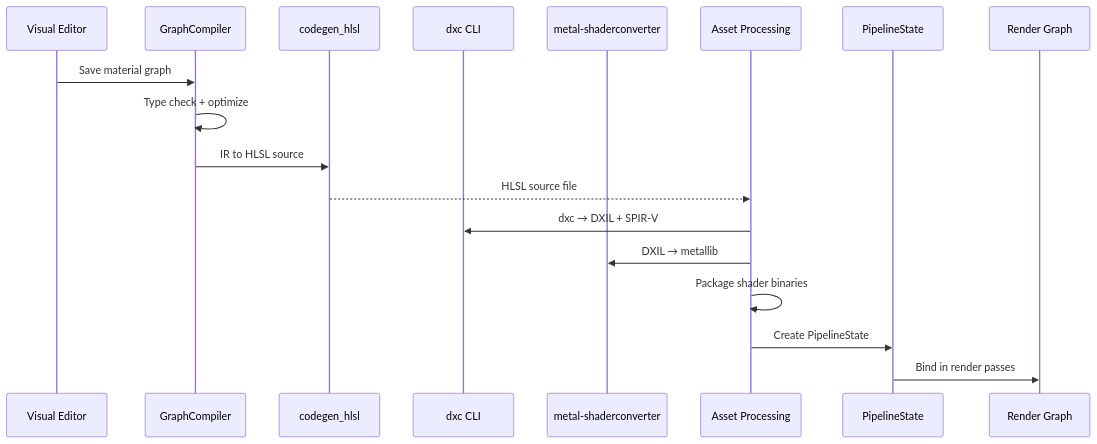
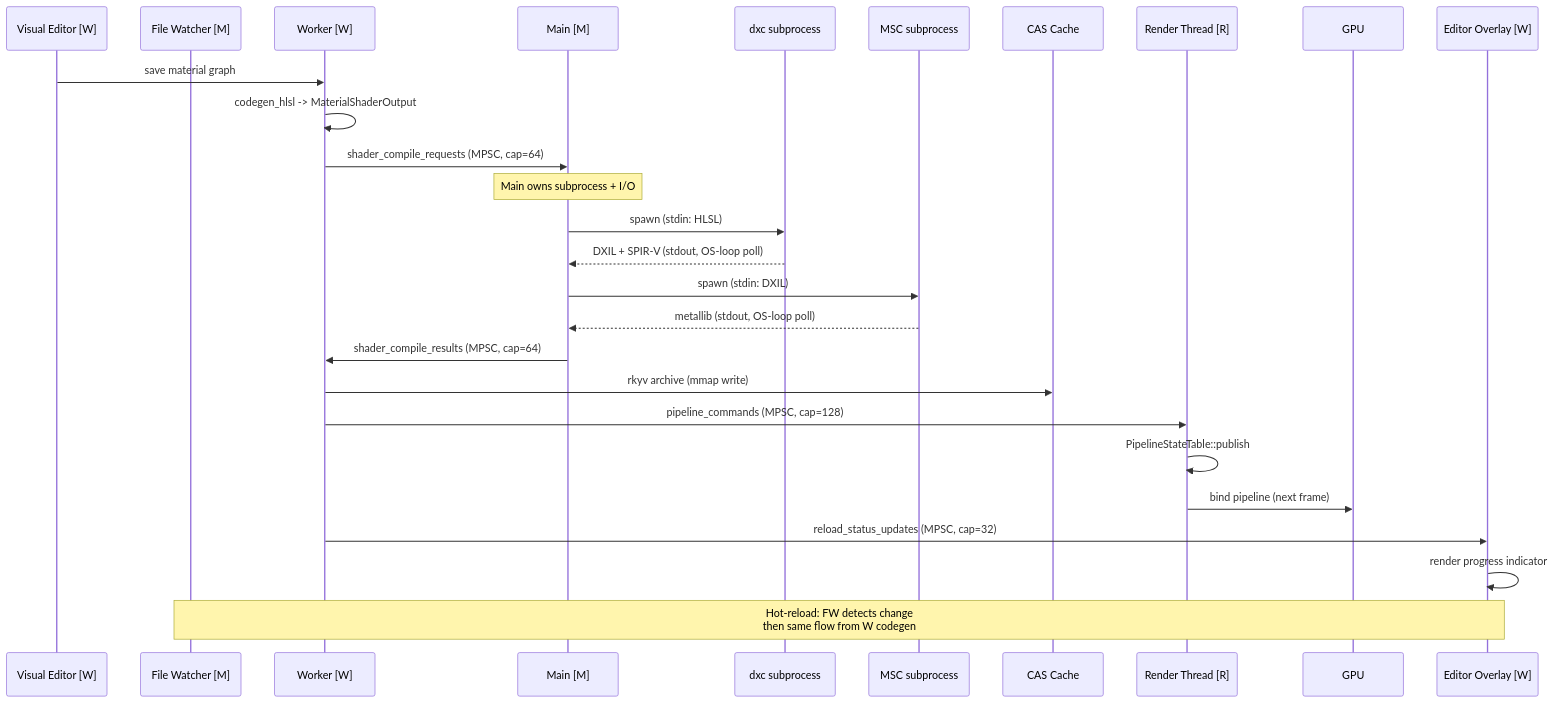
The second of 2 diagrams in docs/design/integration/rendering-scripting.md (harmonius-dev/harmonius), drawn with Mermaid before and after one commit. The commit also changed other lines of this file and 109 other files, not shown here.

````diff
--- a/docs/design/integration/rendering-scripting.md
+++ b/docs/design/integration/rendering-scripting.md
@@ -164,21 +455,31 @@
 ```mermaid
 sequenceDiagram
-    participant VE as Visual Editor
-    participant GC as GraphCompiler
-    participant CG as codegen_hlsl
-    participant DXC as dxc CLI
-    participant MSC as metal-shaderconverter
-    participant AP as Asset Processing
-    participant PSO as PipelineState
-    participant RG as Render Graph
+    participant VE as Visual Editor [W]
+    participant FW as File Watcher [M]
+    participant W as Worker [W]
+    participant M as Main [M]
+    participant DXC as dxc subprocess
+    participant MSC as MSC subprocess
+    participant CAS as CAS Cache
+    participant R as Render Thread [R]
+    participant GPU as GPU
+    participant UI as Editor Overlay [W]
 
-    VE->>GC: Save material graph
-    GC->>GC: Type check + optimize
-    GC->>CG: IR to HLSL source
-    CG-->>AP: HLSL source file
-    AP->>DXC: dxc → DXIL + SPIR-V
-    AP->>MSC: DXIL → metallib
-    AP->>AP: Package shader binaries
-    AP->>PSO: Create PipelineState
-    PSO->>RG: Bind in render passes
+    VE->>W: save material graph
+    W->>W: codegen_hlsl -> MaterialShaderOutput
+    W->>M: shader_compile_requests (MPSC, cap=64)
+    Note over M: Main owns subprocess + I/O
+    M->>DXC: spawn (stdin: HLSL)
+    DXC-->>M: DXIL + SPIR-V (stdout, OS-loop poll)
+    M->>MSC: spawn (stdin: DXIL)
+    MSC-->>M: metallib (stdout, OS-loop poll)
+    M->>W: shader_compile_results (MPSC, cap=64)
+    W->>CAS: rkyv archive (mmap write)
+    W->>R: pipeline_commands (MPSC, cap=128)
+    R->>R: PipelineStateTable::publish
+    R->>GPU: bind pipeline (next frame)
+    W->>UI: reload_status_updates (MPSC, cap=32)
+    UI->>UI: render progress indicator
+
+    Note over FW,UI: Hot-reload: FW detects change<br/>then same flow from W codegen
 ```
````
